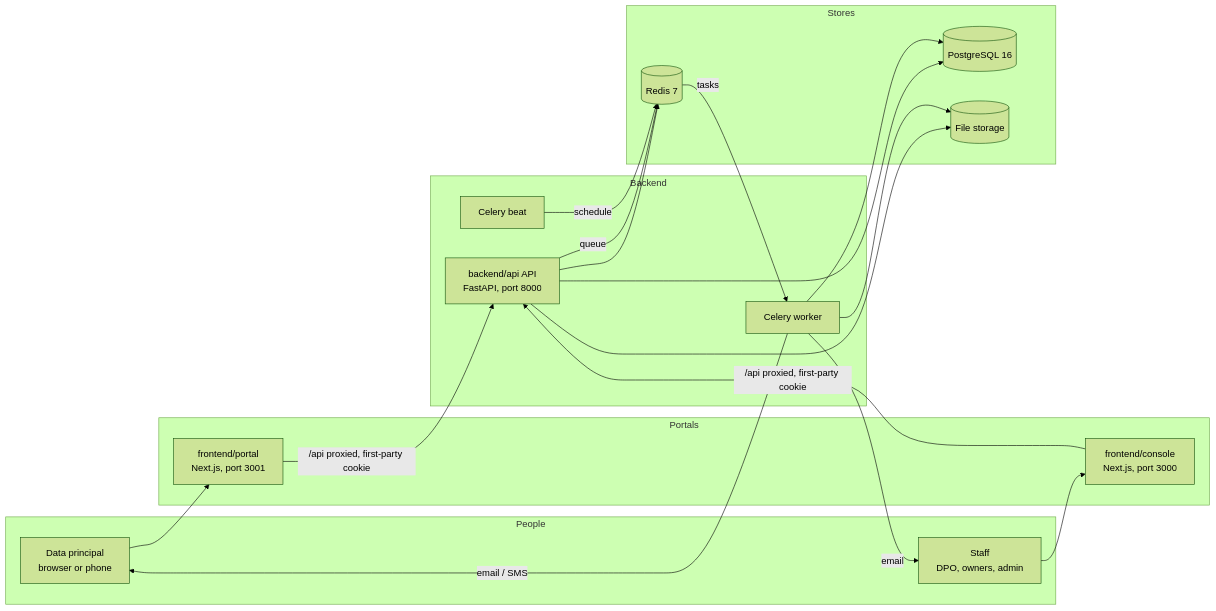
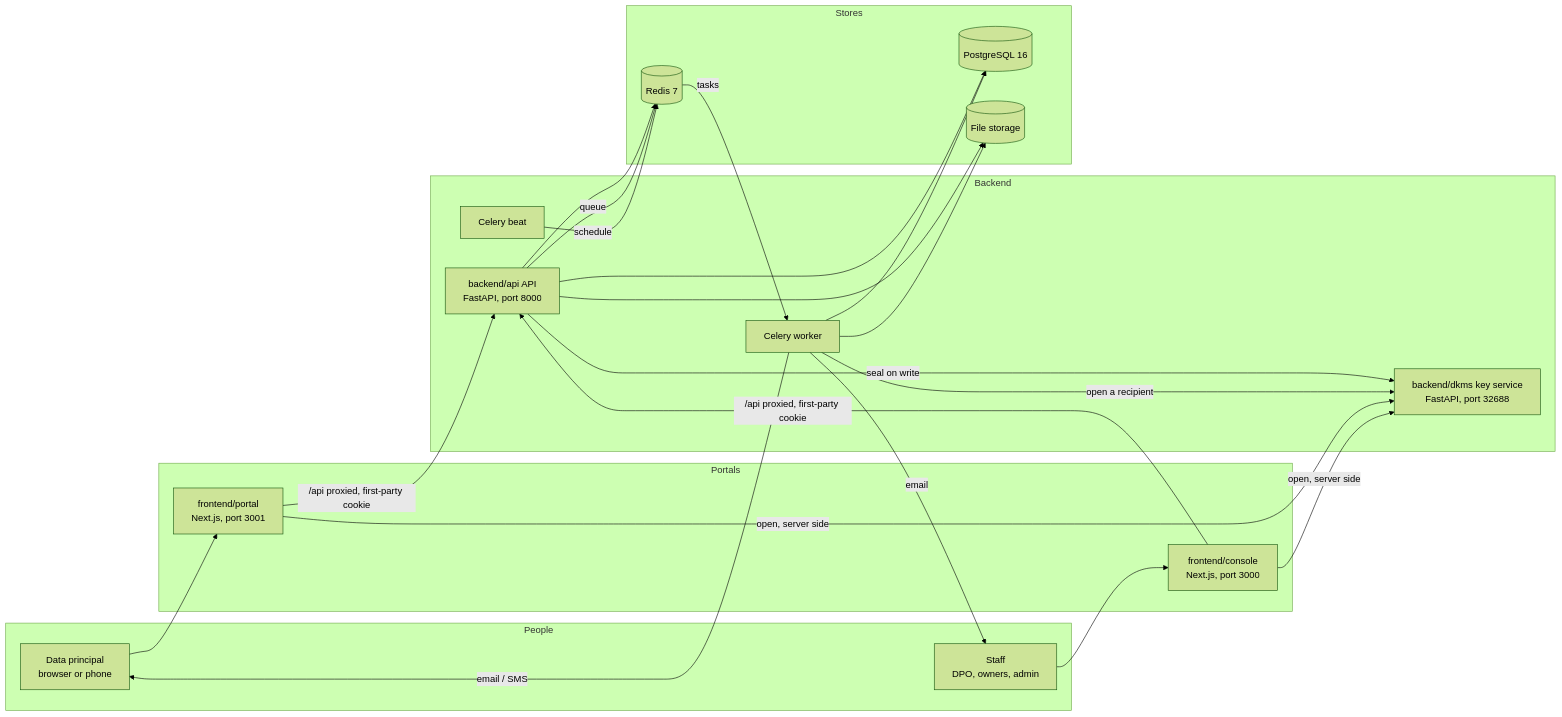
Before and after one commit to pranaldongare/COMPASS_CMP: the diagram in docs/architecture/system-overview.md, drawn with Mermaid (forest theme). The commit also changed other lines of this file and 13 other files, not shown here.

First line of the commit message:
docs: the architecture draws four services, and says where a value is sealed

````diff
--- a/docs/architecture/system-overview.md
+++ b/docs/architecture/system-overview.md
@@ -13,35 +13,40 @@
 ```mermaid
 flowchart LR
   subgraph People
     S[Data principal<br/>browser or phone]
     T[Staff<br/>DPO, owners, admin]
   end
   subgraph Portals
     P[frontend/portal<br/>Next.js, port 3001]
     C[frontend/console<br/>Next.js, port 3000]
   end
   subgraph Backend
     A[backend/api API<br/>FastAPI, port 8000]
     W[Celery worker]
     B[Celery beat]
+    K[backend/dkms key service<br/>FastAPI, port 32688]
   end
   subgraph Stores
     PG[(PostgreSQL 16)]
     R[(Redis 7)]
     F[(File storage)]
   end
   S --> P
   T --> C
   P -- "/api proxied, first-party cookie" --> A
   C -- "/api proxied, first-party cookie" --> A
   A --> PG
   A --> R
   A --> F
+  A -- "seal on write" --> K
+  W -- "open a recipient" --> K
+  P -- "open, server side" --> K
+  C -- "open, server side" --> K
   A -- "queue" --> R
   R -- "tasks" --> W
   B -- "schedule" --> R
   W --> PG
   W --> F
   W -- "email / SMS" --> S
   W -- "email" --> T
 ```
````
